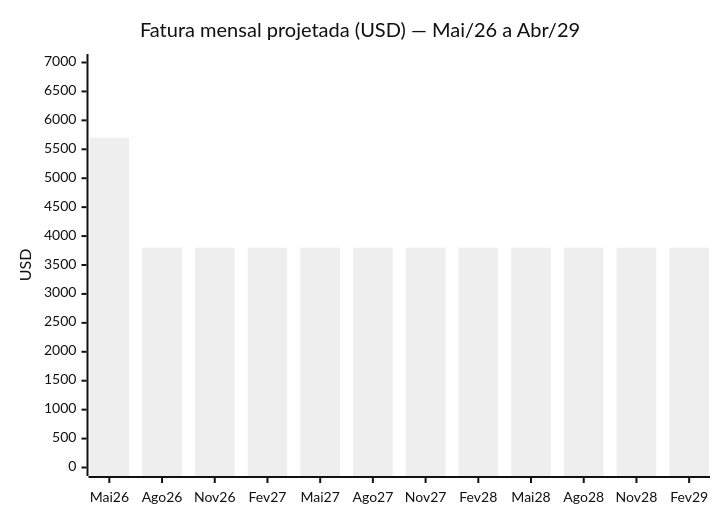
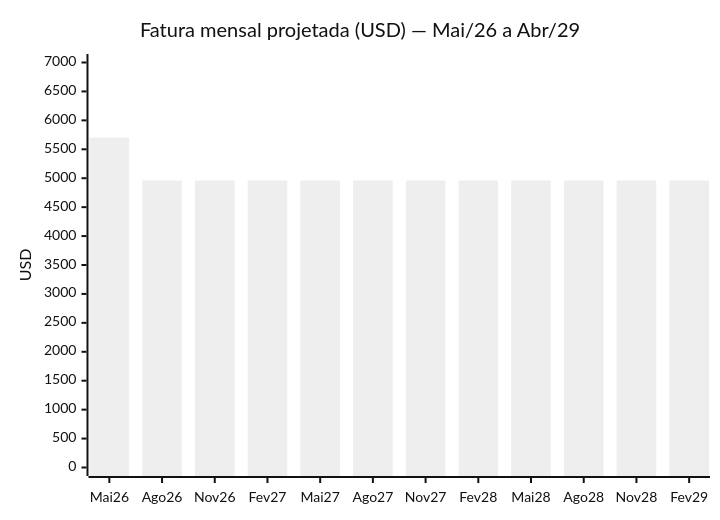
Before and after one commit to fparanhos/cepedoc-docs: the seventh of 7 diagrams in OTIMIZACAO_INFRA_AWS_2026.md, drawn with Mermaid (neutral theme). The commit also changed other lines of this file, not shown here.

````diff
--- a/OTIMIZACAO_INFRA_AWS_2026.md
+++ b/OTIMIZACAO_INFRA_AWS_2026.md
@@ -214,7 +232,7 @@
 ```mermaid
 xychart-beta
     title "Fatura mensal projetada (USD) — Mai/26 a Abr/29"
     x-axis ["Mai26","Ago26","Nov26","Fev27","Mai27","Ago27","Nov27","Fev28","Mai28","Ago28","Nov28","Fev29"]
     y-axis "USD" 0 --> 7000
-    bar [5701, 3800, 3800, 3800, 3800, 3800, 3800, 3800, 3800, 3800, 3800, 3800]
+    bar [5701, 4960, 4960, 4960, 4960, 4960, 4960, 4960, 4960, 4960, 4960, 4960]
 ```
````
